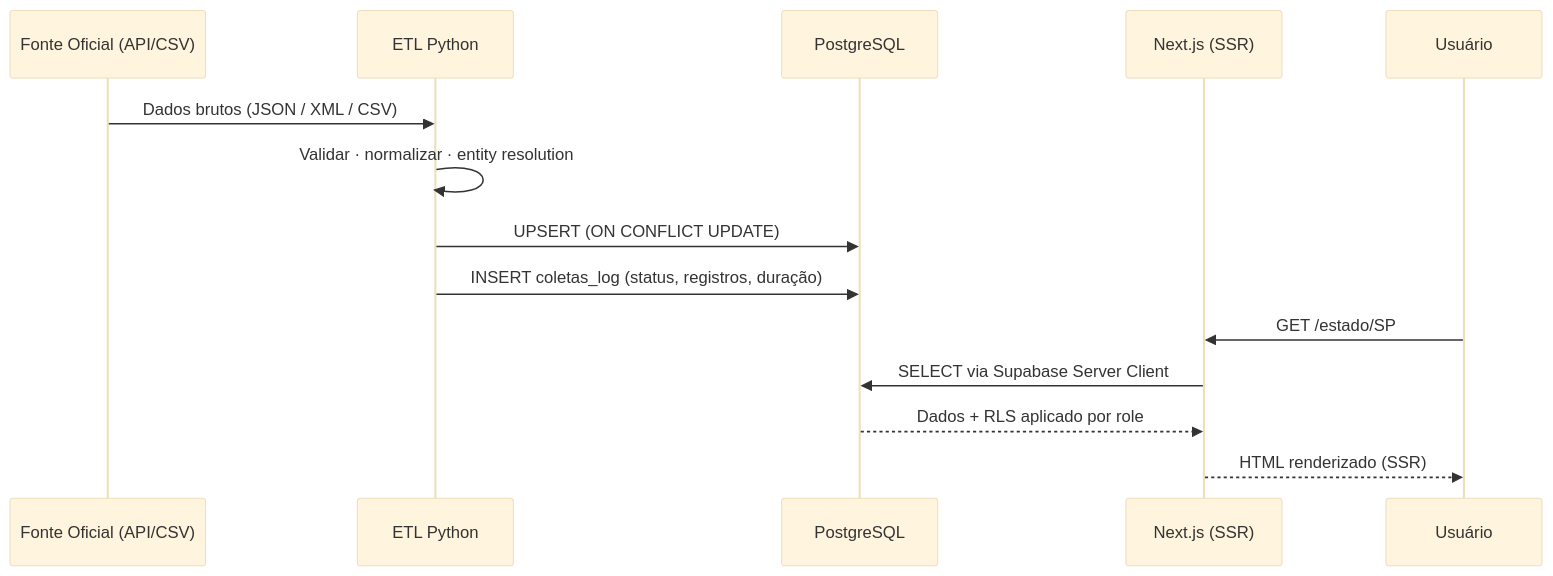
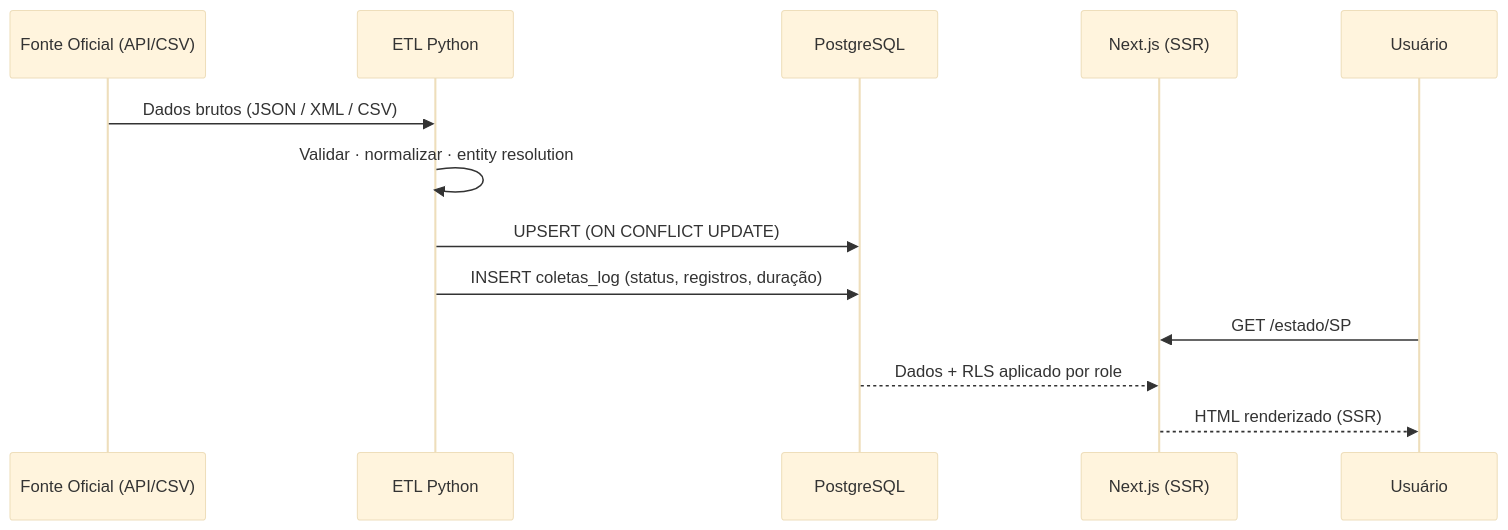
One commit to paulobolliger/meus-politicos changed the third of 3 diagrams in docs/ARCHITECTURE.md. Above: the diagram before and after it, drawn with Mermaid (base theme). The commit also changed other lines of this file and 49 other files, not shown here.

````diff
--- a/docs/ARCHITECTURE.md
+++ b/docs/ARCHITECTURE.md
@@ -126,17 +117,16 @@
 ```mermaid
 sequenceDiagram
     participant F as Fonte Oficial (API/CSV)
     participant E as ETL Python
     participant D as PostgreSQL
     participant N as Next.js (SSR)
     participant U as Usuário
 
     F->>E: Dados brutos (JSON / XML / CSV)
     E->>E: Validar · normalizar · entity resolution
     E->>D: UPSERT (ON CONFLICT UPDATE)
     E->>D: INSERT coletas_log (status, registros, duração)
     U->>N: GET /estado/SP
-    N->>D: SELECT via Supabase Server Client
     D-->>N: Dados + RLS aplicado por role
     N-->>U: HTML renderizado (SSR)
 ```
````
